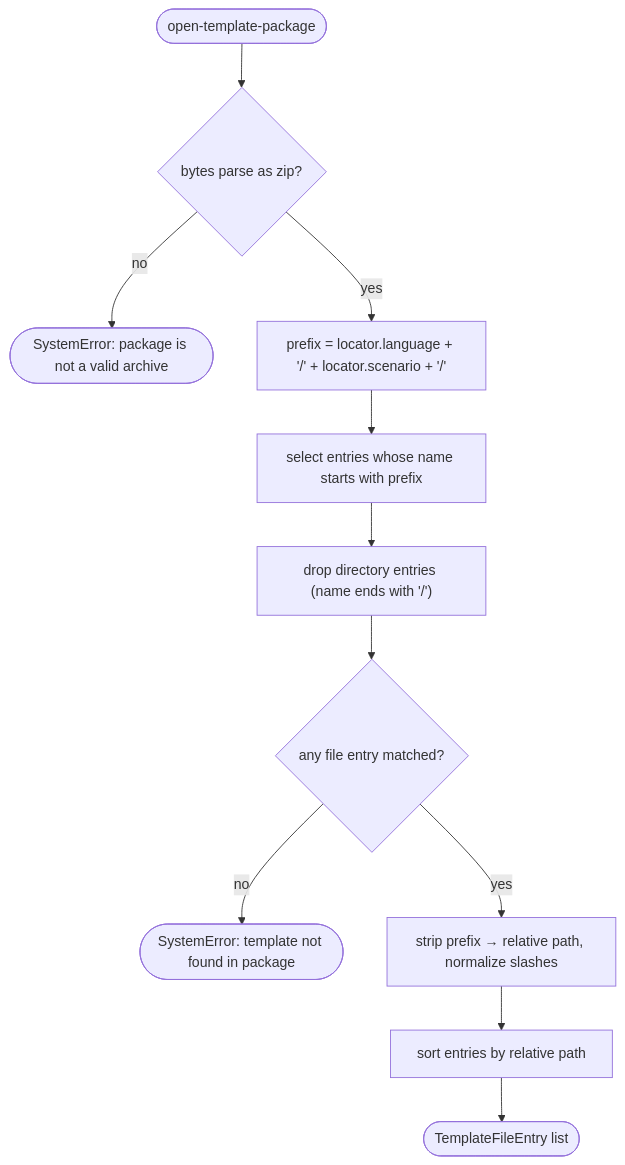
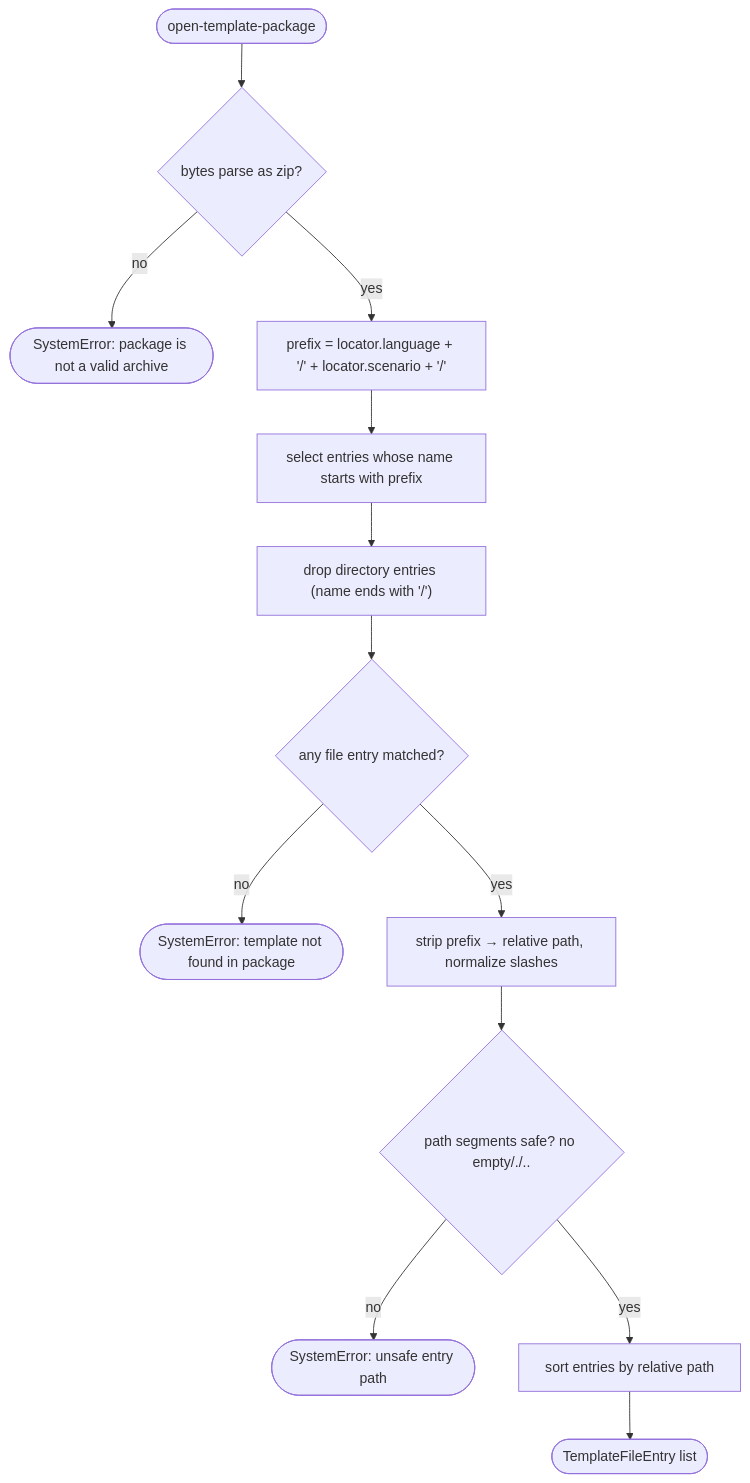
One commit to OfficeDev/microsoft-365-agents-toolkit changed the diagram in docs/03-specs/operations/scaffolding/open-template-package.md. Above: the diagram before and after it, drawn with Mermaid. The commit also changed other lines of this file and 6 other files, not shown here.

````diff
--- a/docs/03-specs/operations/scaffolding/open-template-package.md
+++ b/docs/03-specs/operations/scaffolding/open-template-package.md
@@ -82,13 +83,15 @@
 ```mermaid
 flowchart TD
   start([open-template-package]) --> openZip{bytes parse as zip?}
   openZip -->|no| errZip([SystemError: package is not a valid archive])
   openZip -->|yes| prefix["prefix = locator.language + '/' + locator.scenario + '/'"]
   prefix --> scan["select entries whose name starts with prefix"]
   scan --> filterDir["drop directory entries (name ends with '/')"]
   filterDir --> match{any file entry matched?}
   match -->|no| errMiss([SystemError: template not found in package])
   match -->|yes| strip["strip prefix → relative path, normalize slashes"]
-  strip --> sort["sort entries by relative path"]
+  strip --> safe{path segments safe? no empty/./..}
+  safe -->|no| errUnsafe([SystemError: unsafe entry path])
+  safe -->|yes| sort["sort entries by relative path"]
   sort --> done([TemplateFileEntry list])
 ```
````
